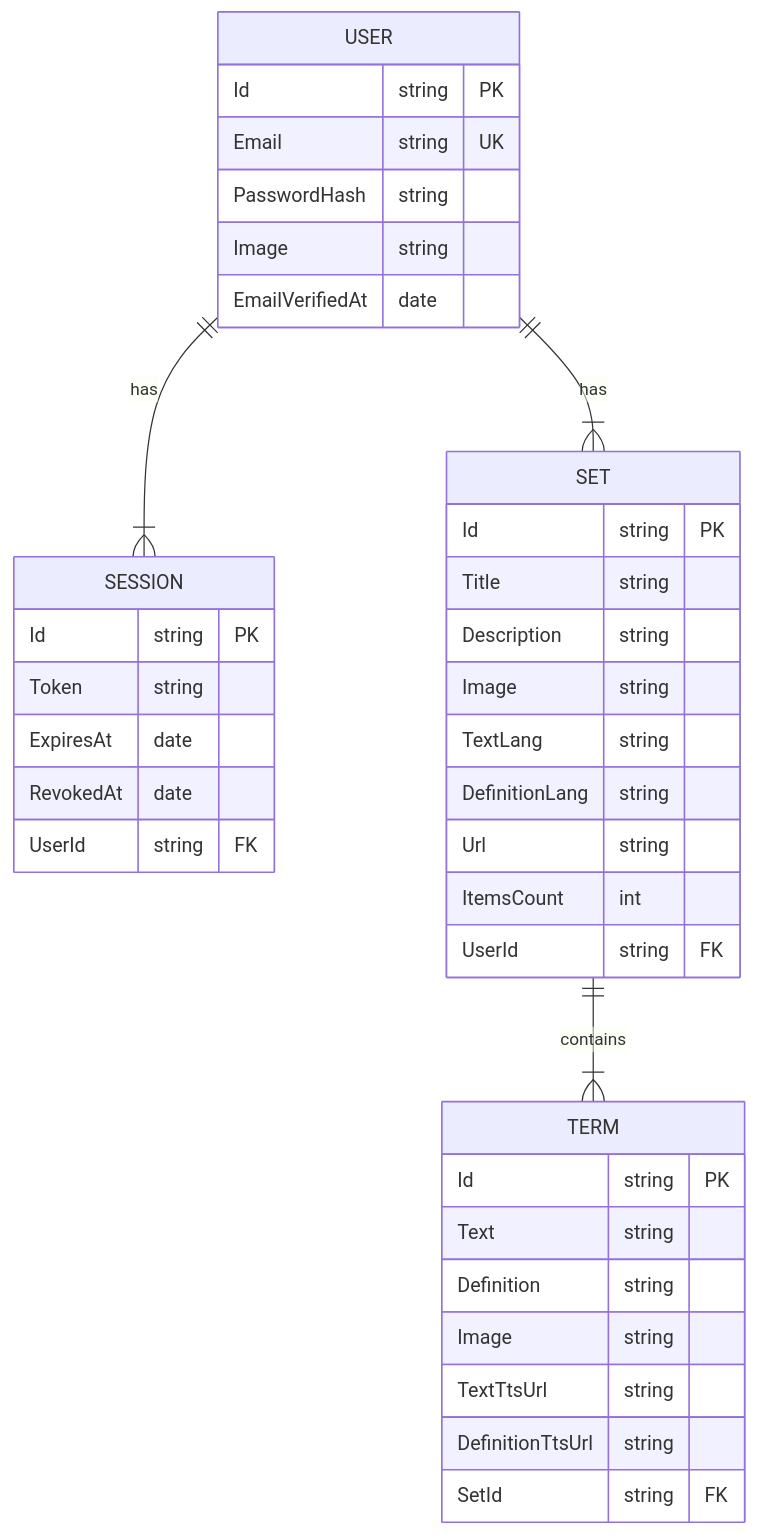
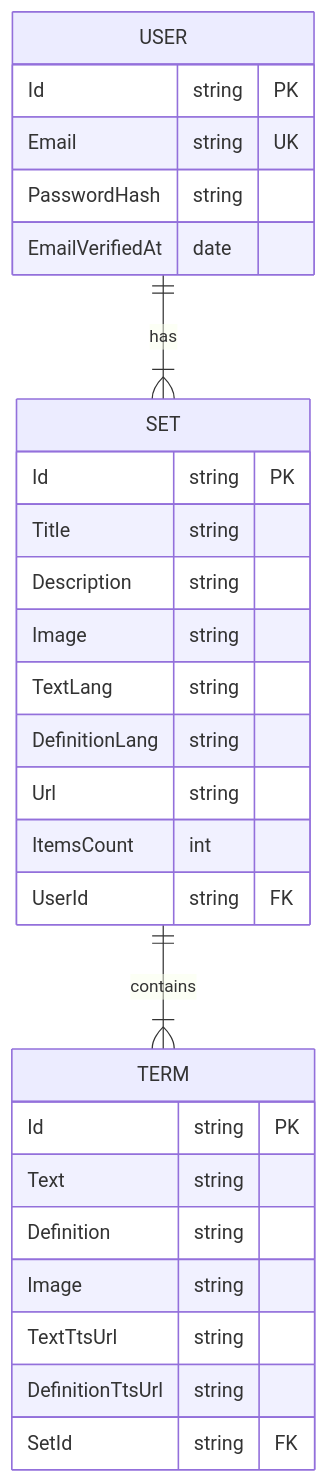
The diagram in README.md (aleksandr-makarov-dev/Vocabify), drawn with Mermaid before and after one commit.

````diff
--- a/README.md
+++ b/README.md
@@ -5,44 +5,34 @@
 ```mermaid
 erDiagram
   USER {
     Id string PK
     Email string UK
     PasswordHash string
-    Image string
     EmailVerifiedAt date
-  }
-
-  SESSION {
-    Id string PK
-    Token string
-    ExpiresAt date
-    RevokedAt date
-    UserId string FK
   }
 
   SET {
     Id string PK
     Title string
     Description string
     Image string
     TextLang string
     DefinitionLang string
     Url string
     ItemsCount int
     UserId string FK
   }
 
   TERM {
     Id string PK
     Text string
     Definition string
     Image string
     TextTtsUrl string
     DefinitionTtsUrl string
     SetId string FK
   }
 
   USER ||--|{ SET : has
-  USER ||--|{ SESSION : has
   SET ||--|{ TERM : contains
 ```
````
